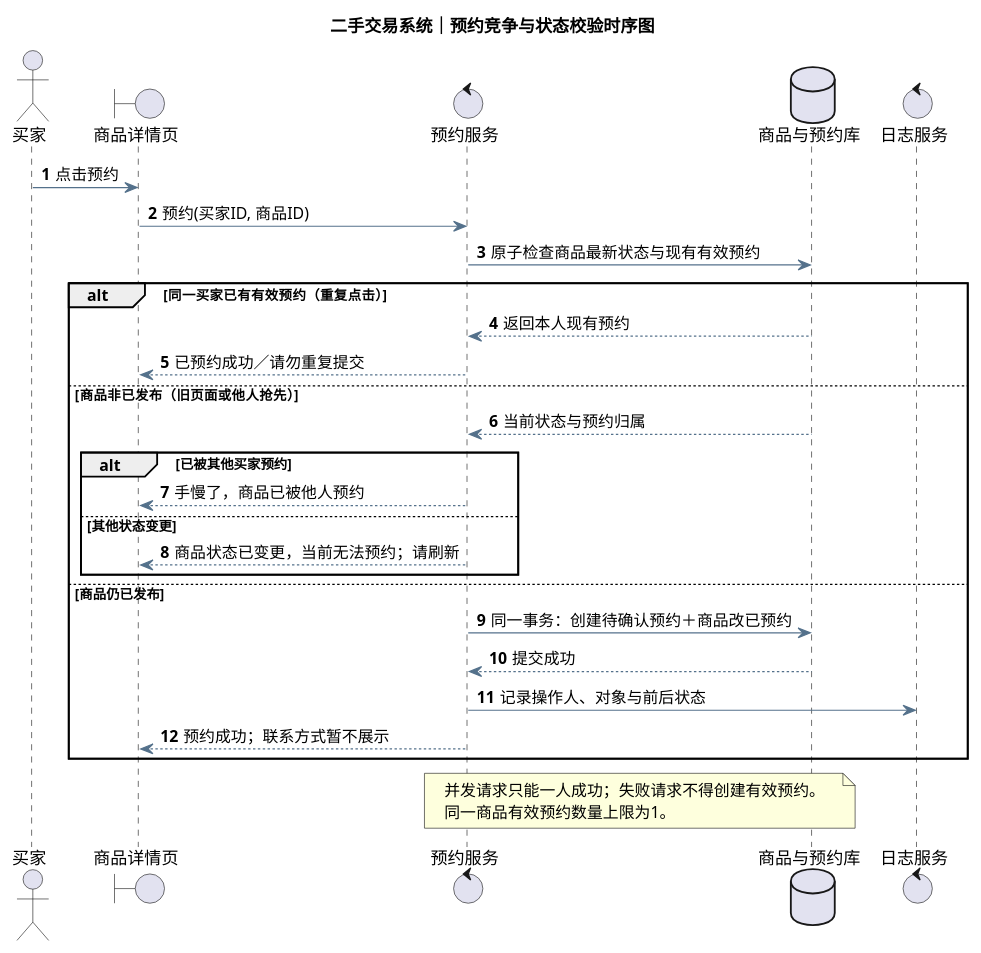
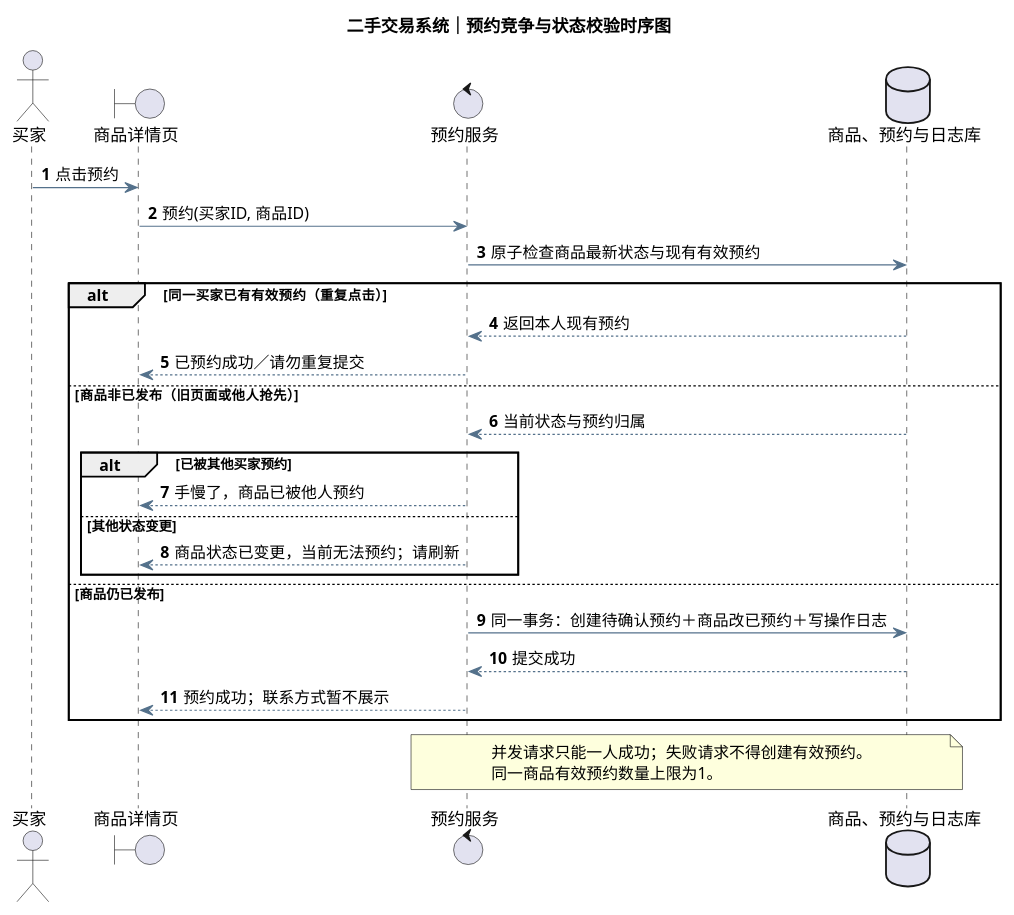
Before and after one commit to wxdwxdwxdzxzx/software-engineering-labs: the diagram in 实验二/UML/UML时序图.puml, drawn with PlantUML. The commit also changed 6 other files, not shown here.

Commit message:
lab2: simplify report and correct UML layout and transaction logging

```diff
--- a/实验二/UML/UML时序图.puml
+++ b/实验二/UML/UML时序图.puml
@@ -1,39 +1,37 @@
 @startuml
 title 二手交易系统｜预约竞争与状态校验时序图
 skinparam defaultFontName Microsoft YaHei
 skinparam backgroundColor #FFFFFF
 skinparam sequenceParticipantBackgroundColor #F3F8FC
 skinparam sequenceParticipantBorderColor #355C7D
 skinparam ArrowColor #54718B
 skinparam shadowing false
 autonumber
 actor 买家
 boundary 商品详情页 as UI
 control 预约服务 as Service
-database 商品与预约库 as DB
-control 日志服务 as Log
+database "商品、预约与日志库" as DB
 
 买家 -> UI : 点击预约
 UI -> Service : 预约(买家ID, 商品ID)
 Service -> DB : 原子检查商品最新状态与现有有效预约
 alt 同一买家已有有效预约（重复点击）
   DB --> Service : 返回本人现有预约
   Service --> UI : 已预约成功／请勿重复提交
 else 商品非已发布（旧页面或他人抢先）
   DB --> Service : 当前状态与预约归属
   alt 已被其他买家预约
     Service --> UI : 手慢了，商品已被他人预约
   else 其他状态变更
     Service --> UI : 商品状态已变更，当前无法预约；请刷新
   end
 else 商品仍已发布
-  Service -> DB : 同一事务：创建待确认预约＋商品改已预约
+  Service -> DB : 同一事务：创建待确认预约＋商品改已预约＋写操作日志
   DB --> Service : 提交成功
-  Service -> Log : 记录操作人、对象与前后状态
   Service --> UI : 预约成功；联系方式暂不展示
 end
 note over Service,DB
   并发请求只能一人成功；失败请求不得创建有效预约。
   同一商品有效预约数量上限为1。
 end note
 @enduml
```
